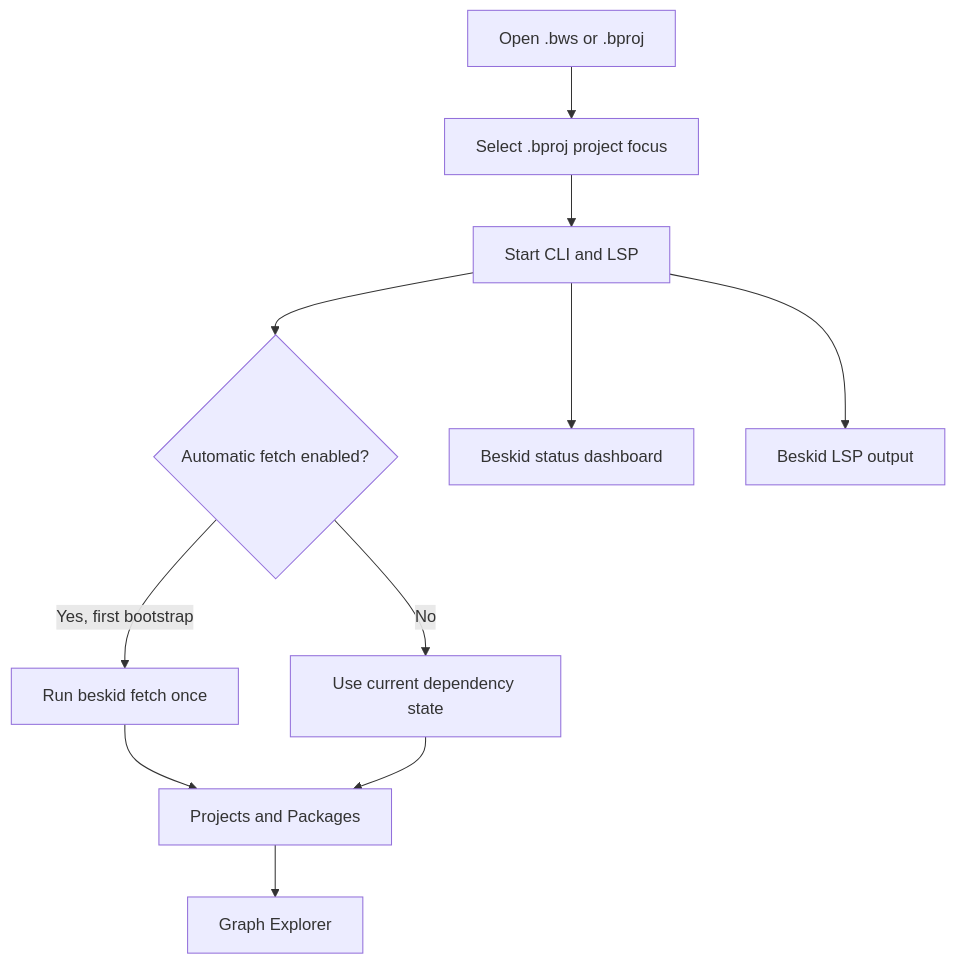
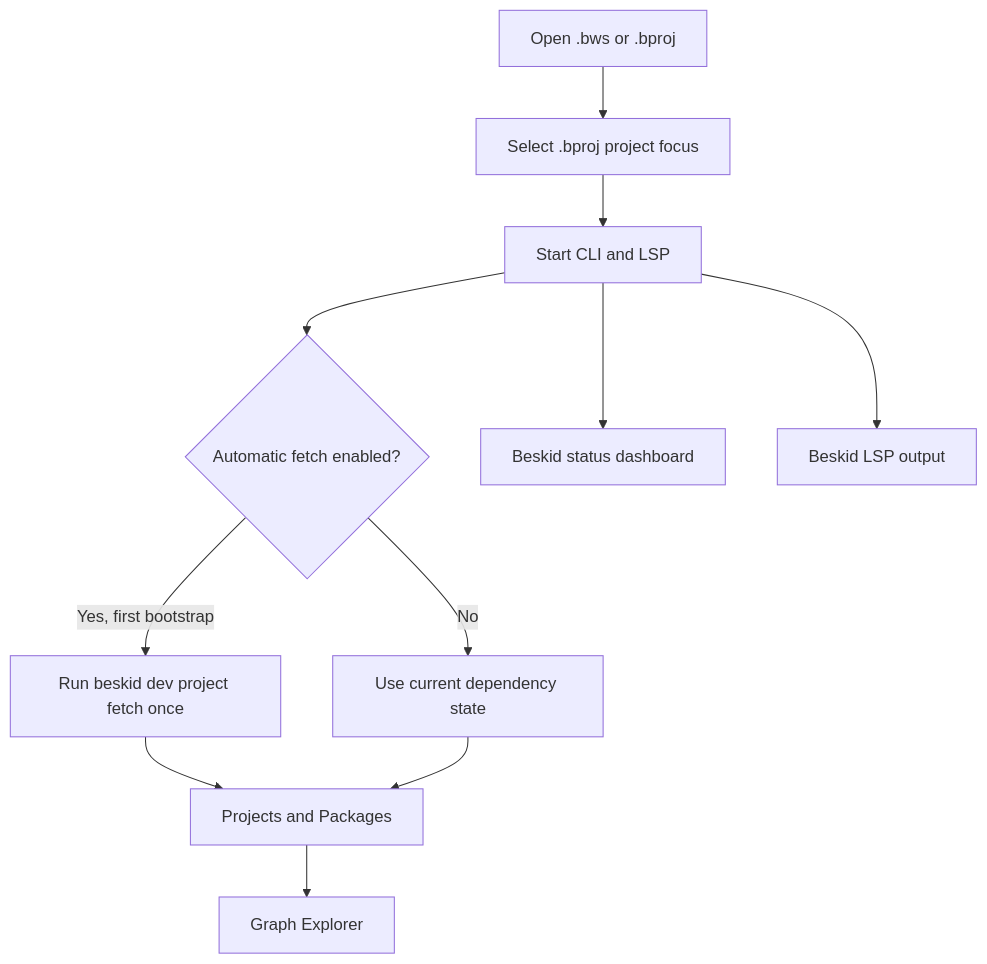
One commit to Cyber-Nomad-Collective/beskid changed the diagram in site/website/src/content/docs/docs/editor/vs-code.md. Above: the diagram before and after it, drawn with Mermaid. The commit also changed other lines of this file and 176 other files, not shown here.

````diff
--- a/site/website/src/content/docs/docs/editor/vs-code.md
+++ b/site/website/src/content/docs/docs/editor/vs-code.md
@@ -44,15 +44,15 @@
 ```mermaid
 flowchart TD
   accTitle: VS Code project-context lifecycle
   accDescr: Select a project context, start the tools, resolve dependencies, and use each view. Use status and output surfaces for recovery.
   A[Open .bws or .bproj] --> B[Select .bproj project focus]
   B --> C[Start CLI and LSP]
   C --> D{Automatic fetch enabled?}
-  D -->|Yes, first bootstrap| E[Run beskid fetch once]
+  D -->|Yes, first bootstrap| E[Run beskid dev project fetch once]
   D -->|No| F[Use current dependency state]
   E --> G[Projects and Packages]
   F --> G
   G --> H[Graph Explorer]
   C --> I[Beskid status dashboard]
   C --> J[Beskid LSP output]
 ```
````
